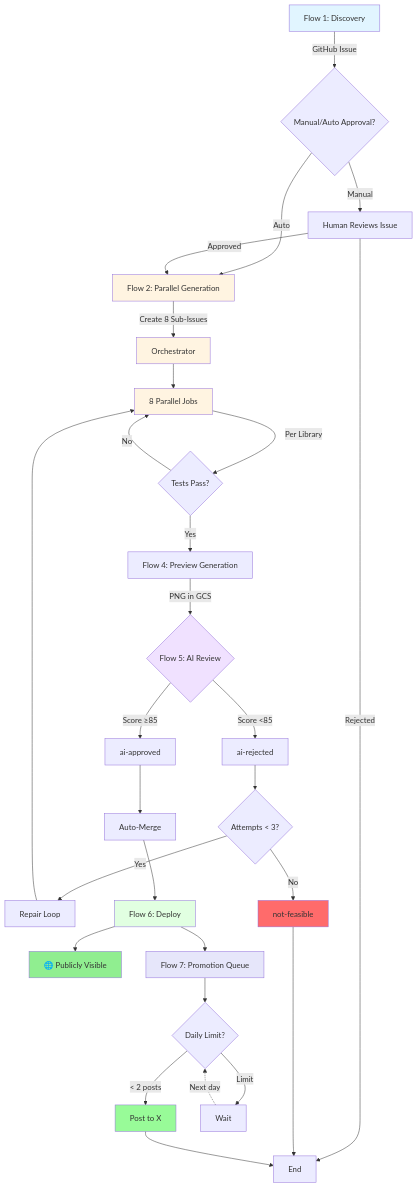
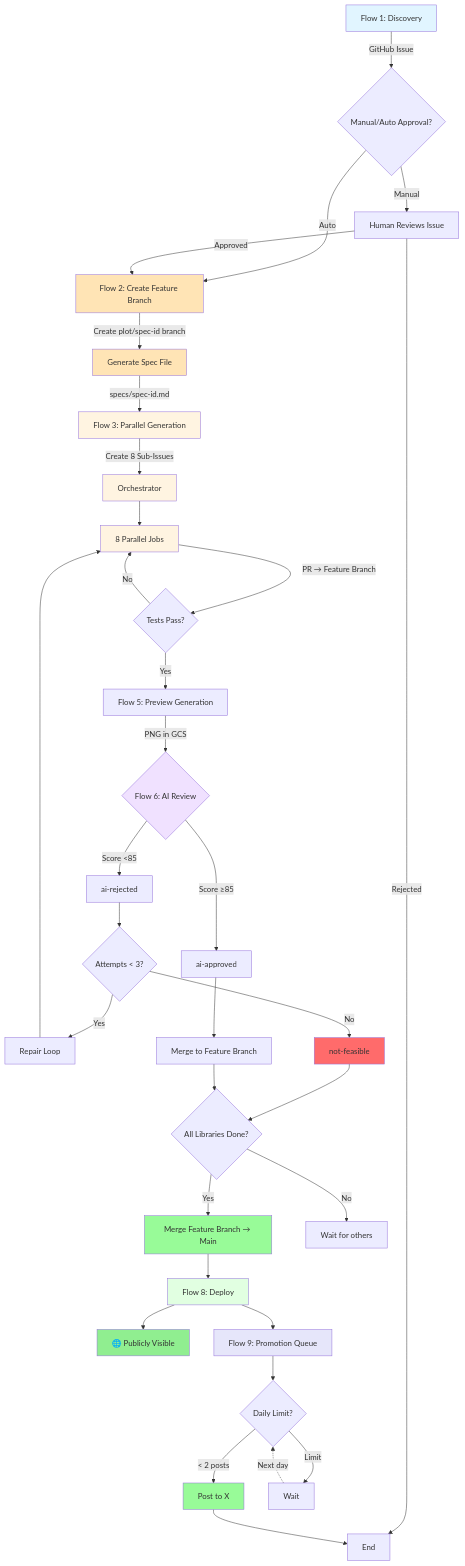
The third of 3 diagrams in docs/workflow.md (MarkusNeusinger/pyplots), drawn with Mermaid before and after one commit. The commit also changed other lines of this file and 7 other files, not shown here.

First line of the commit message:
feat(workflows): enhance feature branch handling and auto-merge process

````diff
--- a/docs/workflow.md
+++ b/docs/workflow.md
@@ -230,47 +270,58 @@
 ```mermaid
 graph TD
     A[Flow 1: Discovery] -->|GitHub Issue| B{Manual/Auto Approval?}
     B -->|Manual| C[Human Reviews Issue]
-    B -->|Auto| D[Flow 2: Parallel Generation]
-    C -->|Approved| D
+    B -->|Auto| D0[Flow 2: Create Feature Branch]
+    C -->|Approved| D0
     C -->|Rejected| Z[End]
+
+    D0 -->|Create plot/spec-id branch| D0a[Generate Spec File]
+    D0a -->|specs/spec-id.md| D[Flow 3: Parallel Generation]
 
     D -->|Create 8 Sub-Issues| D1[Orchestrator]
     D1 --> D2[8 Parallel Jobs]
-    D2 -->|Per Library| E{Tests Pass?}
+    D2 -->|PR → Feature Branch| E{Tests Pass?}
 
-    E -->|Yes| F[Flow 4: Preview Generation]
+    E -->|Yes| F[Flow 5: Preview Generation]
     E -->|No| D2
 
-    F -->|PNG in GCS| G{Flow 5: AI Review}
+    F -->|PNG in GCS| G{Flow 6: AI Review}
     G -->|Score ≥85| H[ai-approved]
     G -->|Score <85| I[ai-rejected]
 
     I --> J{Attempts < 3?}
     J -->|Yes| K[Repair Loop]
     K --> D2
     J -->|No| L[not-feasible]
-    L --> Z
 
-    H --> M[Auto-Merge]
-    M --> N[Flow 6: Deploy]
+    H --> M[Merge to Feature Branch]
+    L --> M2{All Libraries Done?}
+    M --> M2
+
+    M2 -->|Yes| M3[Merge Feature Branch → Main]
+    M2 -->|No| Z2[Wait for others]
+
+    M3 --> N[Flow 8: Deploy]
     N --> O[🌐 Publicly Visible]
-    N --> P[Flow 7: Promotion Queue]
+    N --> P[Flow 9: Promotion Queue]
 
     P --> Q{Daily Limit?}
     Q -->|< 2 posts| R[Post to X]
     Q -->|Limit| S[Wait]
     R --> Z
     S -.->|Next day| Q
 
     style A fill:#e1f5ff
+    style D0 fill:#ffe4b5
+    style D0a fill:#ffe4b5
     style D fill:#fff4e1
     style D1 fill:#fff4e1
     style D2 fill:#fff4e1
     style G fill:#f0e1ff
+    style M3 fill:#98FB98
     style N fill:#e1ffe1
     style O fill:#90EE90
     style L fill:#FF6B6B
     style P fill:#E6E6FA
     style R fill:#98FB98
 ```
````
